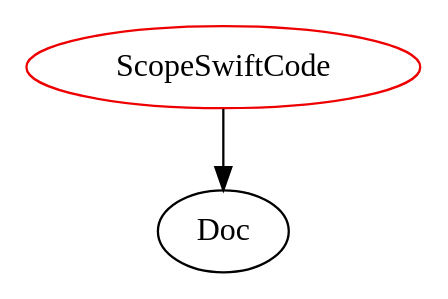
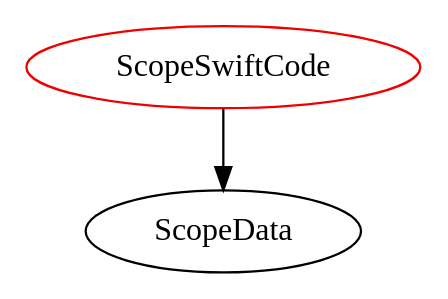
Before and after one commit to BilalM04/Drasil: the diagram in analysis/TypeDependencyGraphs/gool/ScopeSwiftCode.dot, drawn with Graphviz. The commit also changed 10664 other files, not shown here.

```diff
--- a/analysis/TypeDependencyGraphs/gool/ScopeSwiftCode.dot
+++ b/analysis/TypeDependencyGraphs/gool/ScopeSwiftCode.dot
@@ -1,4 +1,4 @@
 digraph scopeswiftcode{
 ScopeSwiftCode	[shape=oval, color=red2, label="ScopeSwiftCode"];
-ScopeSwiftCode -> Doc;
+ScopeSwiftCode -> ScopeData;
 }
```
